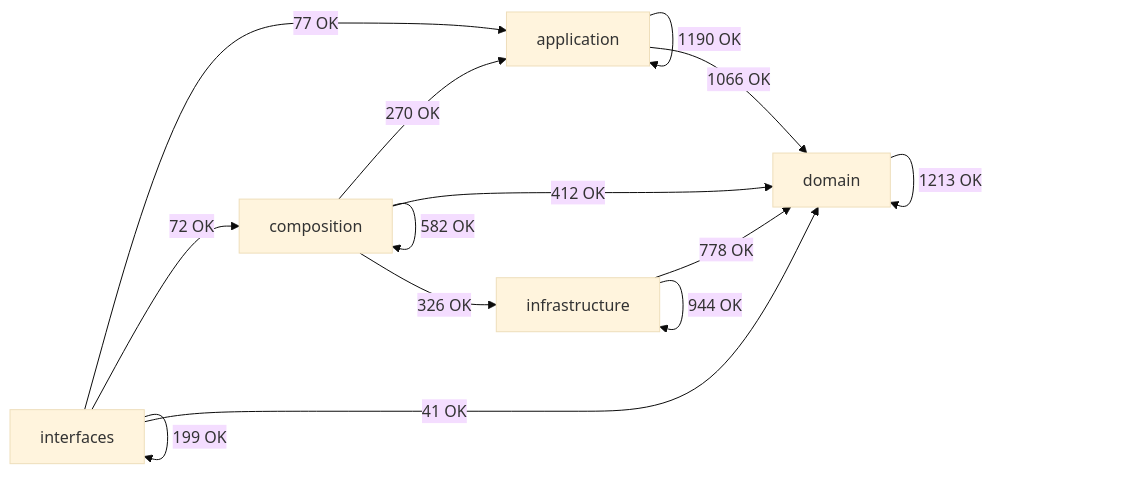
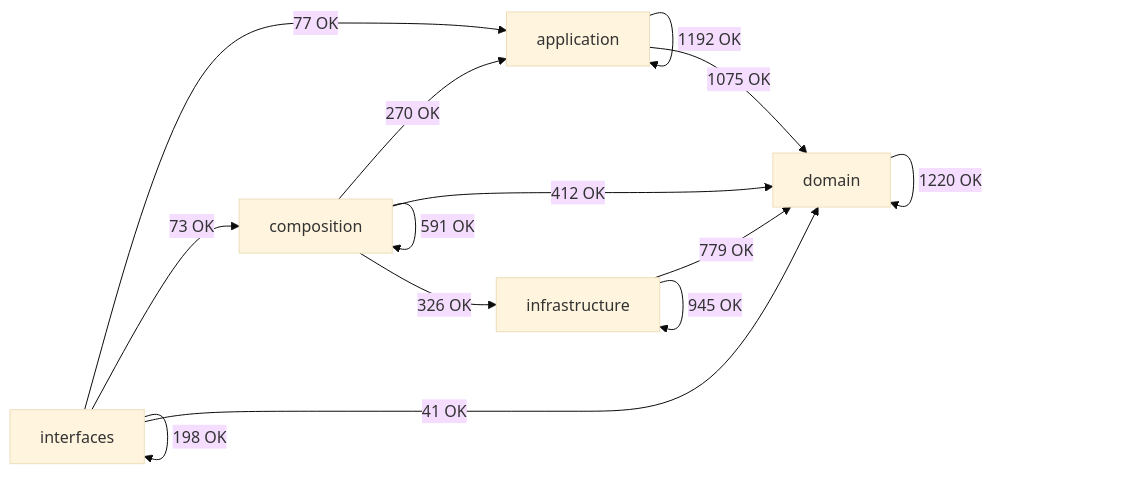
One commit to SatoryKono/BioactivityDataAcquisition changed the diagram in docs/02-architecture/generated/module-dependency-map.md. Above: the diagram before and after it, drawn with Mermaid (base theme). The commit also changed other lines of this file and 115 other files, not shown here.

````diff
--- a/docs/02-architecture/generated/module-dependency-map.md
+++ b/docs/02-architecture/generated/module-dependency-map.md
@@ -17,21 +17,21 @@
 ```mermaid
 flowchart LR
     domain[domain]
     application[application]
     infrastructure[infrastructure]
     composition[composition]
     interfaces[interfaces]
-    application -->|1190 OK| application
-    application -->|1066 OK| domain
+    application -->|1192 OK| application
+    application -->|1075 OK| domain
     composition -->|270 OK| application
-    composition -->|582 OK| composition
+    composition -->|591 OK| composition
     composition -->|412 OK| domain
     composition -->|326 OK| infrastructure
-    domain -->|1213 OK| domain
-    infrastructure -->|778 OK| domain
-    infrastructure -->|944 OK| infrastructure
+    domain -->|1220 OK| domain
+    infrastructure -->|779 OK| domain
+    infrastructure -->|945 OK| infrastructure
     interfaces -->|77 OK| application
-    interfaces -->|72 OK| composition
+    interfaces -->|73 OK| composition
     interfaces -->|41 OK| domain
-    interfaces -->|199 OK| interfaces
+    interfaces -->|198 OK| interfaces
 ```
````
